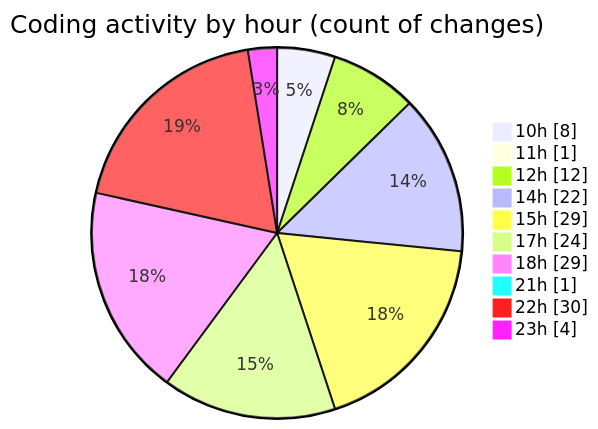
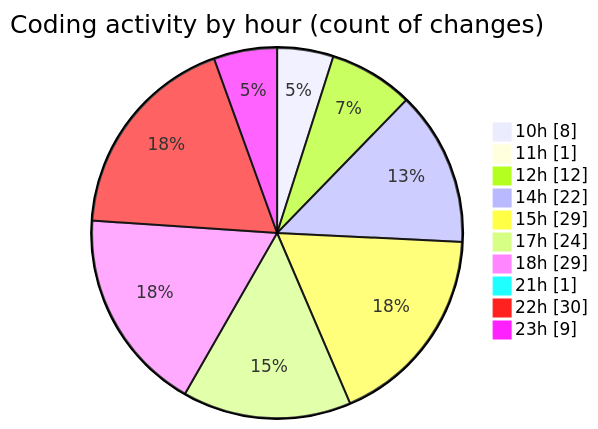
One commit to momahboobian/code-tracking changed the second of 2 diagrams in 2025-07-31/cda/README.md. Above: the diagram before and after it, drawn with Mermaid. The commit also changed other lines of this file and 1 other file, not shown here.

````diff
--- a/2025-07-31/cda/README.md
+++ b/2025-07-31/cda/README.md
@@ -41,14 +41,14 @@
 ```mermaid
 pie showData
 title Coding activity by hour (count of changes)
 "10h" : 8
 "11h" : 1
 "12h" : 12
 "14h" : 22
 "15h" : 29
 "17h" : 24
 "18h" : 29
 "21h" : 1
 "22h" : 30
-"23h" : 4
+"23h" : 9
 ```
````
